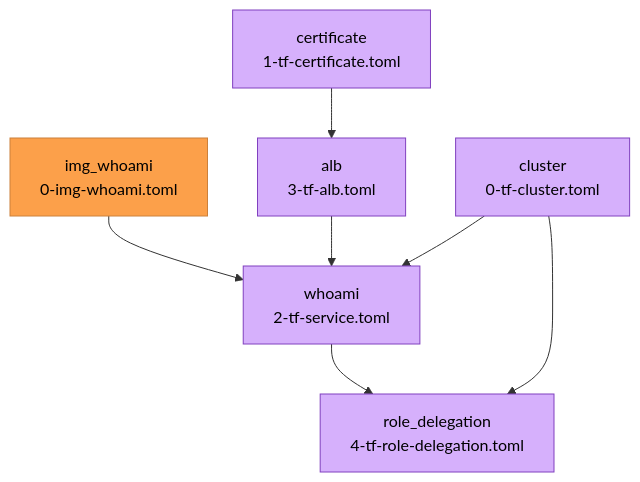
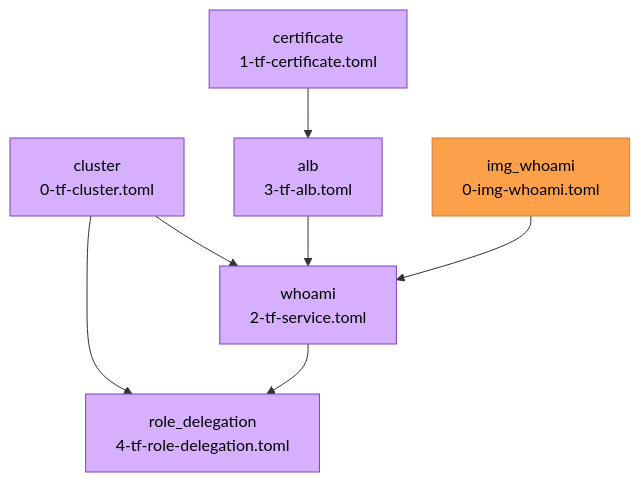
Before and after one commit to nuonco/example-app-configs: the diagram in ecs-breakglass/README.md, drawn with Mermaid. The commit also changed other lines of this file and 12 other files, not shown here.

Commit message:
chore: testing role delegation

````diff
--- a/ecs-breakglass/README.md
+++ b/ecs-breakglass/README.md
@@ -41,22 +44,22 @@
 ```mermaid
 graph TD
   role_delegation["role_delegation<br/>4-tf-role-delegation.toml"]
   certificate["certificate<br/>1-tf-certificate.toml"]
   whoami["whoami<br/>2-tf-service.toml"]
   cluster["cluster<br/>0-tf-cluster.toml"]
   alb["alb<br/>3-tf-alb.toml"]
   img_whoami["img_whoami<br/>0-img-whoami.toml"]
 
+  cluster --> role_delegation
   whoami --> role_delegation
-  cluster --> role_delegation
-  img_whoami --> whoami
   alb --> whoami
   cluster --> whoami
+  img_whoami --> whoami
   certificate --> alb
 
   class role_delegation,certificate,whoami,cluster,alb tfClass;
   class img_whoami imgClass;
 
   classDef tfClass fill:#D6B0FC,stroke:#8040BF,color:#000;
   classDef imgClass fill:#FCA04A,stroke:#CC803A,color:#000;
 ```
````
